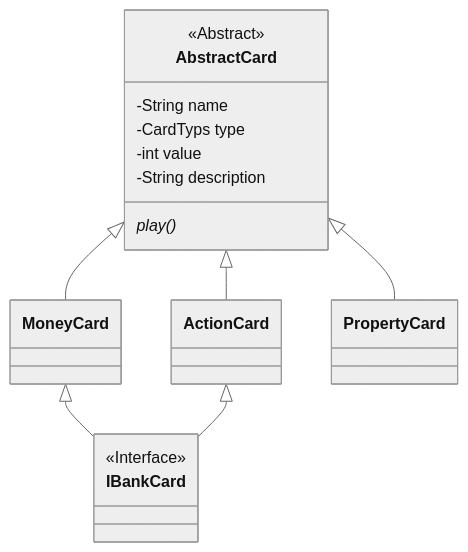
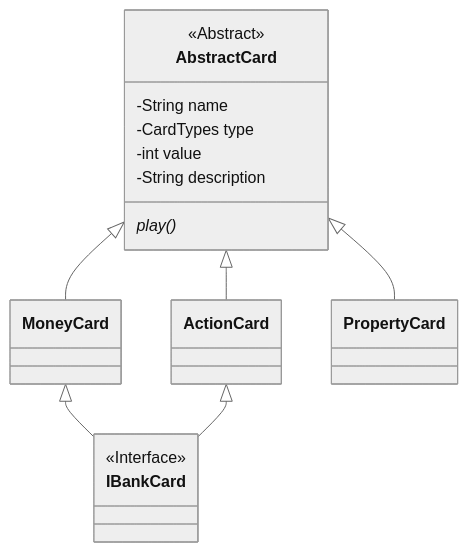
Before and after one commit to KelvinQiu802/comp2004: the diagram in README.md, drawn with Mermaid (neutral theme).

````diff
--- a/README.md
+++ b/README.md
@@ -14,25 +14,25 @@
 ```mermaid
 classDiagram
 	AbstractCard <|-- MoneyCard
 	AbstractCard <|-- ActionCard
 	AbstractCard <|-- PropertyCard
 	MoneyCard <|-- IBankCard
 	ActionCard <|-- IBankCard
 	
 	class AbstractCard
 		<<Abstract>> AbstractCard
 		AbstractCard : -String name
-		AbstractCard : -CardTyps type
+		AbstractCard : -CardTypes type
 		AbstractCard : -int value
 		AbstractCard : -String description
 		AbstractCard : play()*
 		
 	class MoneyCard
 	
 	class ActionCard
 	
 	class PropertyCard
 	
 	class IBankCard
 		<<Interface>> IBankCard
 ```
````
